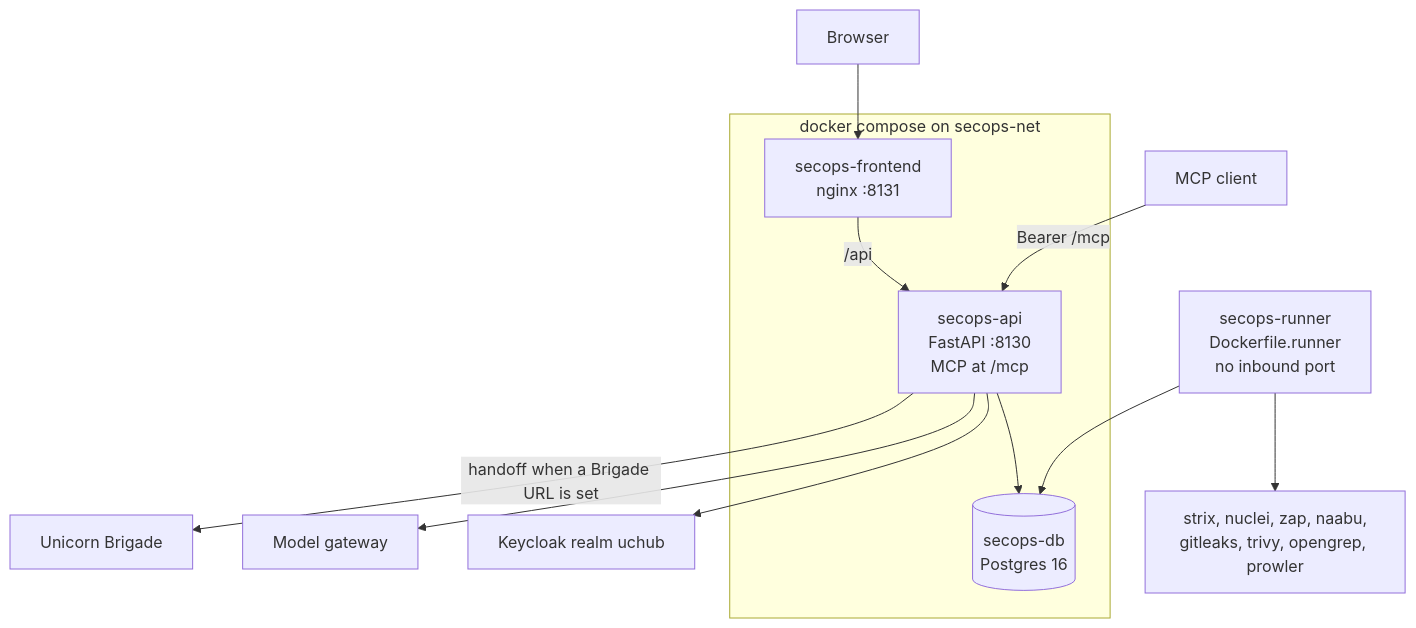
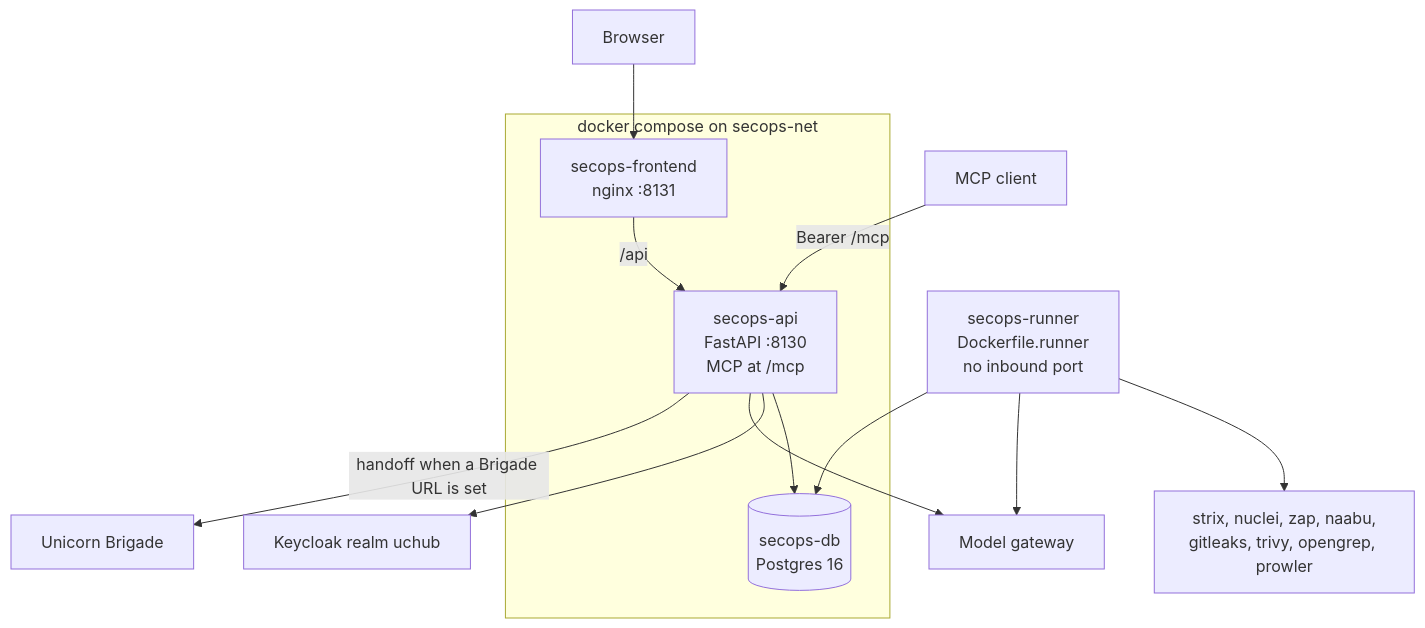
One commit to Unicorn-Commander/Security-Ops changed the diagram in README.md. Above: the diagram before and after it, drawn with Mermaid. The commit also changed other lines of this file, not shown here.

````diff
--- a/README.md
+++ b/README.md
@@ -307,25 +311,26 @@
 ```mermaid
 flowchart TB
   browser[Browser]
   agent[MCP client]
   subgraph stack [docker compose on secops-net]
     fe["secops-frontend<br/>nginx :8131"]
     api["secops-api<br/>FastAPI :8130<br/>MCP at /mcp"]
     db[("secops-db<br/>Postgres 16")]
   end
   runner["secops-runner<br/>Dockerfile.runner<br/>no inbound port"]
   engines["strix, nuclei, zap, naabu,<br/>gitleaks, trivy, opengrep, prowler"]
   kc["Keycloak realm uchub"]
   llm[Model gateway]
   brigade[Unicorn Brigade]
 
   browser --> fe
   fe -->|"/api"| api
   agent -->|"Bearer /mcp"| api
   api --> db
   api --> kc
   api --> llm
   runner --> db
   runner --> engines
+  runner --> llm
   api -->|handoff when a Brigade URL is set| brigade
 ```
````
